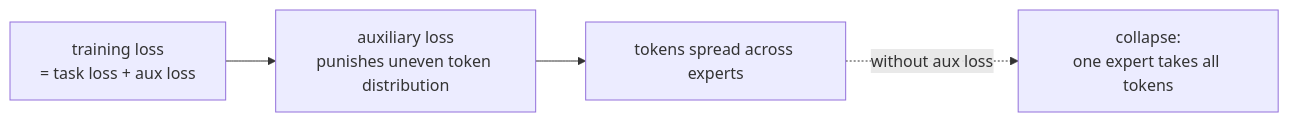
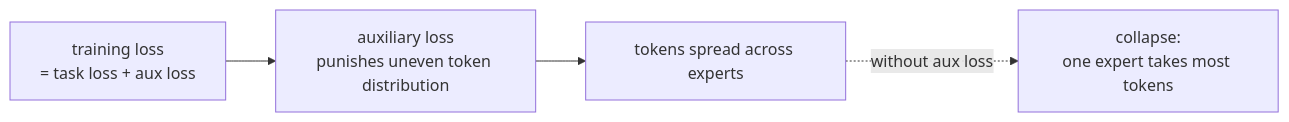
The ninth of 11 diagrams in docs/algorithms.md (Mostakim2005/gpt-moe-3d-explainer), drawn with Mermaid before and after one commit. The commit also changed other lines of this file and 35 other files, not shown here.

````diff
--- a/docs/algorithms.md
+++ b/docs/algorithms.md
@@ -126,8 +173,8 @@
 ```mermaid
 flowchart LR
     TRAIN[training loss\n= task loss + aux loss]
     AUX[auxiliary loss\npunishes uneven token distribution]
     TRAIN --> AUX
     AUX --> BALANCED[tokens spread across experts]
-    BALANCED -.->|without aux loss| COLLAPSE[collapse:\none expert takes all tokens]
+    BALANCED -.->|without aux loss| COLLAPSE[collapse:\none expert takes most tokens]
 ```
````
